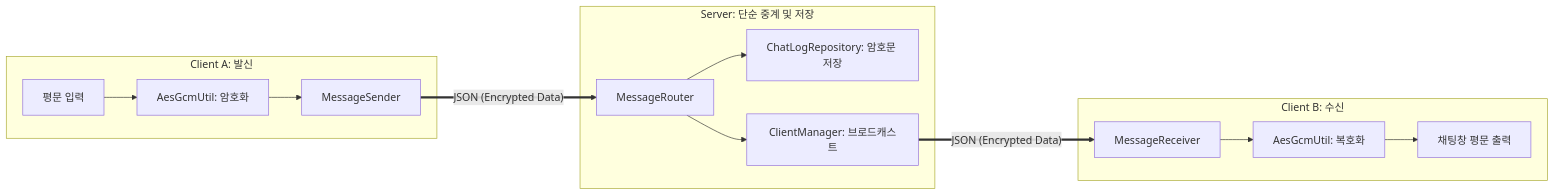
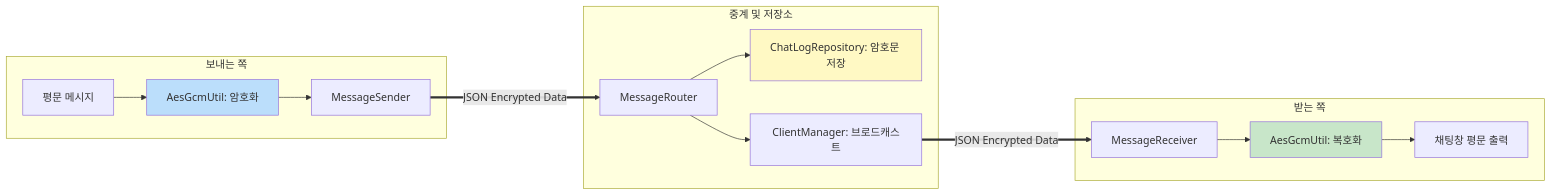
The seventh of 7 diagrams in README.md (SanghyeokLee-KR/polytalk), drawn with Mermaid before and after one commit. The commit also changed other lines of this file, not shown here.

````diff
--- a/README.md
+++ b/README.md
@@ -221,20 +373,24 @@
 ```mermaid
 graph LR
-    subgraph Client_A [Client A: 발신]
-        A_Msg[평문 입력] --> A_Enc[AesGcmUtil: 암호화]
+    subgraph Client_A [보내는 쪽]
+        A_Msg[평문 메시지] --> A_Enc[AesGcmUtil: 암호화]
         A_Enc --> A_Send[MessageSender]
     end
 
-    subgraph Server [Server: 단순 중계 및 저장]
+    subgraph Server [중계 및 저장소]
         S_Route[MessageRouter] --> S_Log[ChatLogRepository: 암호문 저장]
         S_Route --> S_Broad[ClientManager: 브로드캐스트]
     end
 
-    subgraph Client_B [Client B: 수신]
+    subgraph Client_B [받는 쪽]
         B_Recv[MessageReceiver] --> B_Dec[AesGcmUtil: 복호화]
         B_Dec --> B_Disp[채팅창 평문 출력]
     end
 
-    A_Send == JSON (Encrypted Data) ==> S_Route
-    S_Broad == JSON (Encrypted Data) ==> B_Recv
+    A_Send ==>|JSON Encrypted Data| S_Route
+    S_Broad ==>|JSON Encrypted Data| B_Recv
+
+    style A_Enc fill:#bbdefb
+    style B_Dec fill:#c8e6c9
+    style S_Log fill:#fff9c4
 ```
````
